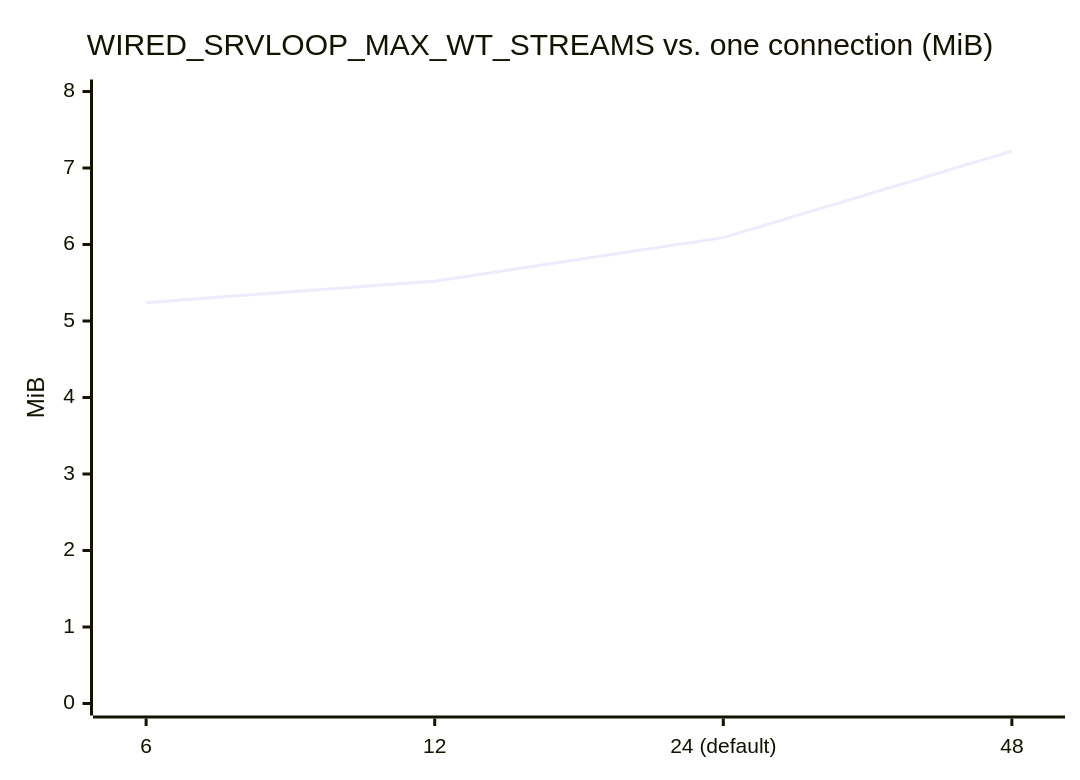
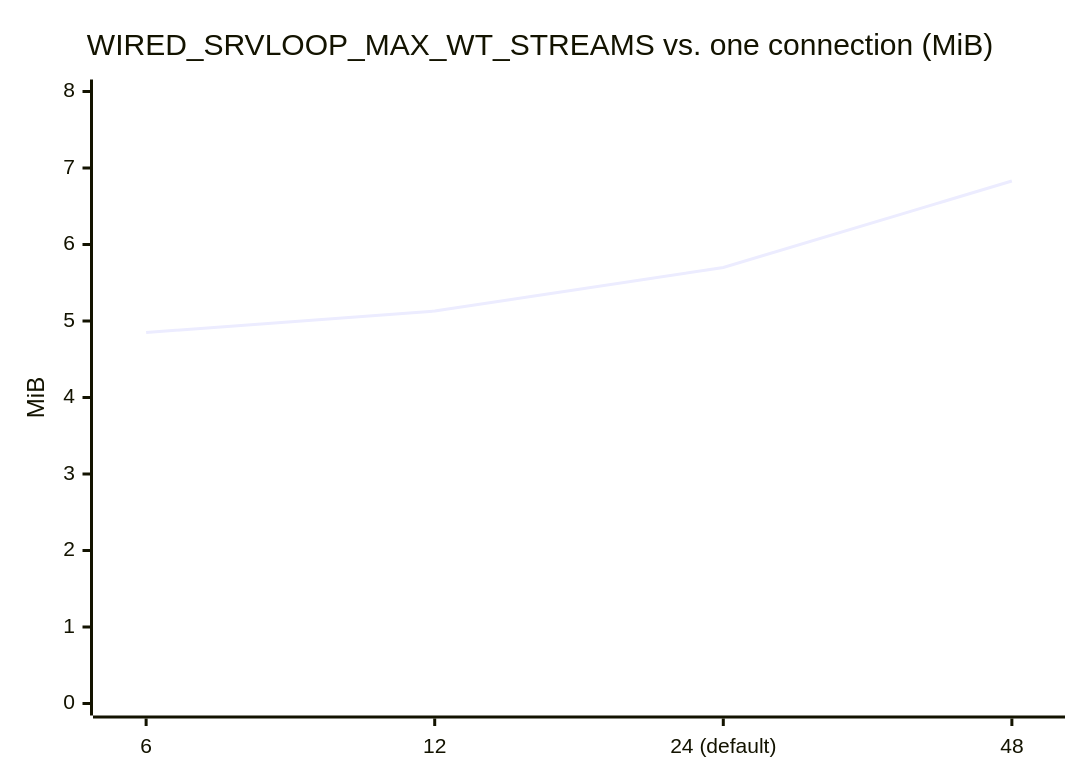
Before and after one commit to Hakkadaikon/wired: the seventh of 9 diagrams in docs/arch/memory.md, drawn with Mermaid. The commit also changed other lines of this file and 17 other files, not shown here.

````diff
--- a/docs/arch/memory.md
+++ b/docs/arch/memory.md
@@ -141,7 +147,7 @@
 ```mermaid
 xychart-beta
     title "WIRED_SRVLOOP_MAX_WT_STREAMS vs. one connection (MiB)"
     x-axis ["6", "12", "24 (default)", "48"]
     y-axis "MiB" 0 --> 8
-    line [5.24, 5.52, 6.09, 7.22]
+    line [4.85, 5.13, 5.70, 6.83]
 ```
````
